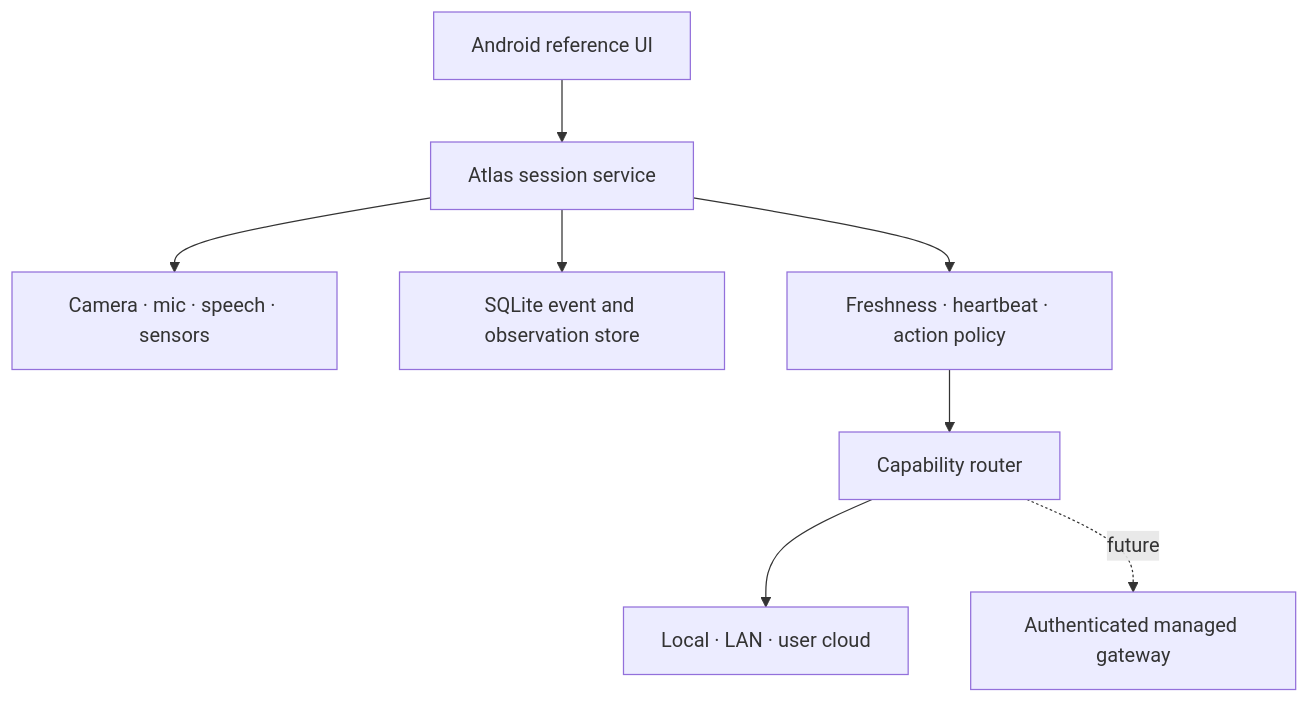
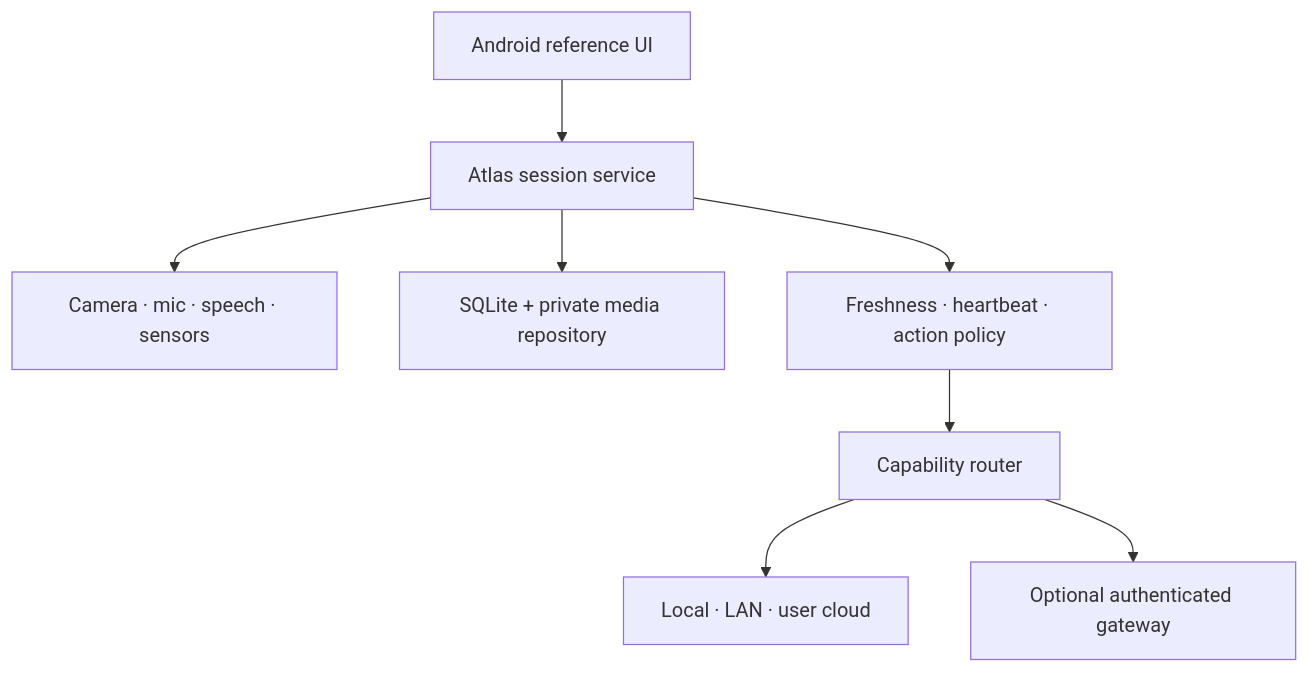
Before and after one commit to SEsquieu/atlas: the diagram in docs/android-runtime-architecture.md, drawn with Mermaid. The commit also changed other lines of this file and 46 other files, not shown here.

Commit message:
Add budgeted media pipeline and managed inference seam

````diff
--- a/docs/android-runtime-architecture.md
+++ b/docs/android-runtime-architecture.md
@@ -9,10 +9,10 @@
 ```mermaid
 flowchart TD
     UI["Android reference UI"] --> Core["Atlas session service"]
     Core --> Device["Camera · mic · speech · sensors"]
-    Core --> Store["SQLite event and observation store"]
+    Core --> Store["SQLite + private media repository"]
     Core --> Policy["Freshness · heartbeat · action policy"]
     Policy --> Router["Capability router"]
     Router --> BYOI["Local · LAN · user cloud"]
-    Router -. future .-> Managed["Authenticated managed gateway"]
+    Router --> Managed["Optional authenticated gateway"]
 ```
````
